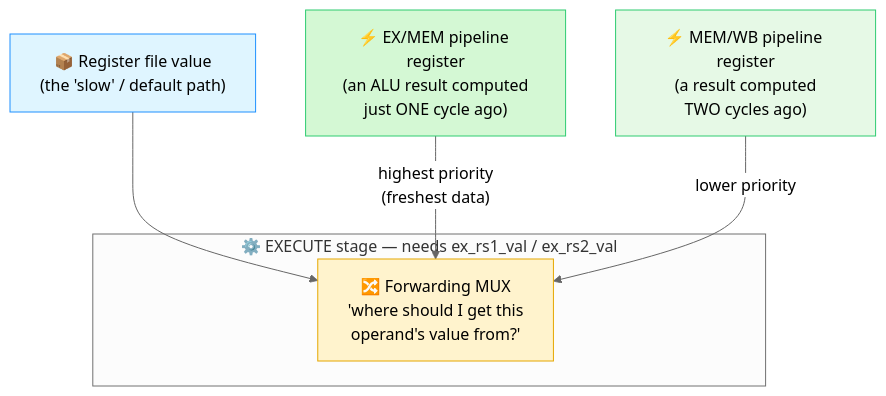
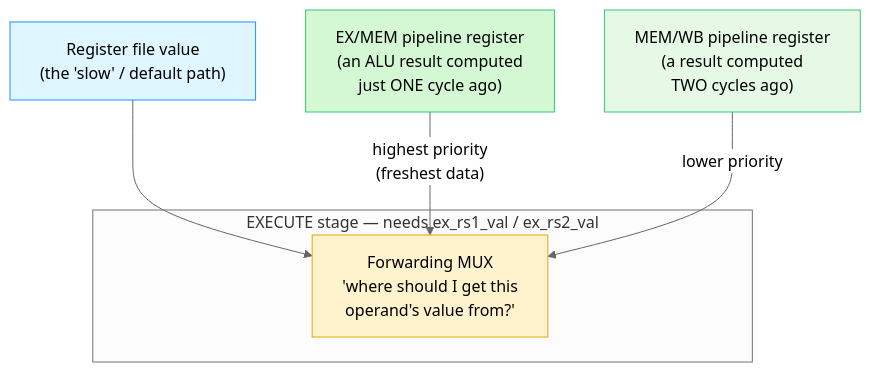
One commit to hjsanjana/rtl-design-practice changed diagram 17 of 30 in RISC-V/README.md. Above: the diagram before and after it, drawn with Mermaid (neutral theme). The commit also changed other lines of this file, not shown here.

````diff
--- a/RISC-V/README.md
+++ b/RISC-V/README.md
@@ -669,15 +602,15 @@
 ```mermaid
 flowchart TB
-    subgraph EX_STAGE["⚙️ EXECUTE stage — needs ex_rs1_val / ex_rs2_val"]
-        MUX["🔀 Forwarding MUX\n'where should I get this\noperand's value from?'"]
+    subgraph EX_STAGE["EXECUTE stage — needs ex_rs1_val / ex_rs2_val"]
+        MUX["Forwarding MUX\n'where should I get this\noperand's value from?'"]
     end
 
-    REGFILE["📦 Register file value\n(the 'slow' / default path)"] --> MUX
-    EXMEM["⚡ EX/MEM pipeline register\n(an ALU result computed\njust ONE cycle ago)"] -->|"highest priority\n(freshest data)"| MUX
-    MEMWB["⚡ MEM/WB pipeline register\n(a result computed\nTWO cycles ago)"] -->|"lower priority"| MUX
+    REGFILE["Register file value\n(the 'slow' / default path)"] --> MUX
+    EXMEM["EX/MEM pipeline register\n(an ALU result computed\njust ONE cycle ago)"] -->|"highest priority\n(freshest data)"| MUX
+    MEMWB["MEM/WB pipeline register\n(a result computed\nTWO cycles ago)"] -->|"lower priority"| MUX
 
     style MUX fill:#fff3cd,stroke:#e6a700,color:#000
     style REGFILE fill:#dff5ff,stroke:#1e90ff,color:#000
     style EXMEM fill:#d4f8d4,stroke:#2ecc71,color:#000
     style MEMWB fill:#e6f9e6,stroke:#2ecc71,color:#000
 ```
````
